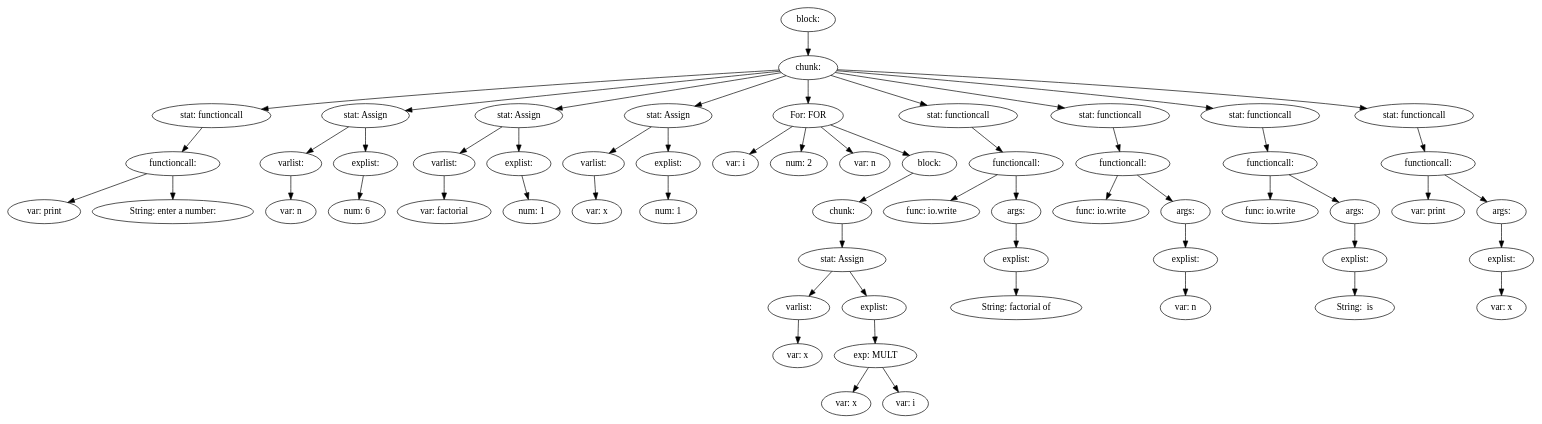
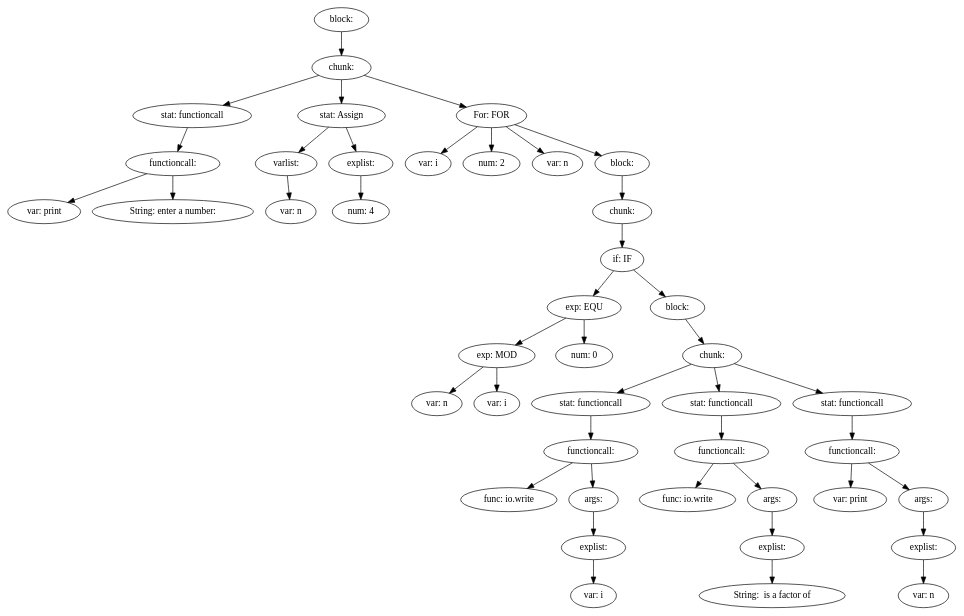
The diagram in ass1-int/source.md (Inkaru/compiler), drawn with Graphviz before and after one commit. The commit also changed 7 other files, not shown here.

````diff
--- a/ass1-int/source.md
+++ b/ass1-int/source.md
@@ -1,17 +1,11 @@
 ```graphviz
 digraph {
-60 [label="block: "];
-60 -> 4
+44 [label="block: "];
+44 -> 4
 4 [label="chunk: "];
 4 -> 3
 4 -> 9
-4 -> 14
-4 -> 19
-4 -> 32
-4 -> 39
-4 -> 46
-4 -> 53
-4 -> 59
+4 -> 43
 3 [label="stat: functioncall"];
 3 -> 2
 2 [label="functioncall: "];
@@ -27,93 +21,69 @@
 5 [label="var: n"];
 8 [label="explist: "];
 8 -> 7
-7 [label="num: 6"];
-14 [label="stat: Assign"];
-14 -> 11
+7 [label="num: 4"];
+43 [label="For: FOR"];
+43 -> 42
+43 -> 10
+43 -> 11
+43 -> 41
+42 [label="var: i"];
+10 [label="num: 2"];
+11 [label="var: n"];
+41 [label="block: "];
+41 -> 40
+40 [label="chunk: "];
+40 -> 39
+39 [label="if: IF"];
+39 -> 16
+39 -> 38
+16 [label="exp: EQU"];
+16 -> 14
+16 -> 15
+14 [label="exp: MOD"];
+14 -> 12
 14 -> 13
-11 [label="varlist: "];
-11 -> 10
-10 [label="var: factorial"];
-13 [label="explist: "];
-13 -> 12
-12 [label="num: 1"];
-19 [label="stat: Assign"];
-19 -> 16
-19 -> 18
-16 [label="varlist: "];
-16 -> 15
-15 [label="var: x"];
-18 [label="explist: "];
-18 -> 17
-17 [label="num: 1"];
-32 [label="For: FOR"];
-32 -> 31
-32 -> 20
-32 -> 21
-32 -> 30
-31 [label="var: i"];
-20 [label="num: 2"];
-21 [label="var: n"];
-30 [label="block: "];
+12 [label="var: n"];
+13 [label="var: i"];
+15 [label="num: 0"];
+38 [label="block: "];
+38 -> 24
+24 [label="chunk: "];
+24 -> 23
+24 -> 31
+24 -> 37
+23 [label="stat: functioncall"];
+23 -> 22
+22 [label="functioncall: "];
+22 -> 18
+22 -> 21
+18 [label="func: io.write"];
+21 [label="args: "];
+21 -> 20
+20 [label="explist: "];
+20 -> 19
+19 [label="var: i"];
+31 [label="stat: functioncall"];
+31 -> 30
+30 [label="functioncall: "];
+30 -> 26
 30 -> 29
-29 [label="chunk: "];
+26 [label="func: io.write"];
+29 [label="args: "];
 29 -> 28
-28 [label="stat: Assign"];
-28 -> 23
+28 [label="explist: "];
 28 -> 27
-23 [label="varlist: "];
-23 -> 22
-22 [label="var: x"];
-27 [label="explist: "];
-27 -> 26
-26 [label="exp: MULT"];
-26 -> 24
-26 -> 25
-24 [label="var: x"];
-25 [label="var: i"];
-39 [label="stat: functioncall"];
-39 -> 38
-38 [label="functioncall: "];
-38 -> 34
-38 -> 37
-34 [label="func: io.write"];
-37 [label="args: "];
+27 [label="String:  is a factor of "];
+37 [label="stat: functioncall"];
 37 -> 36
-36 [label="explist: "];
+36 [label="functioncall: "];
+36 -> 32
 36 -> 35
-35 [label="String: factorial of "];
-46 [label="stat: functioncall"];
-46 -> 45
-45 [label="functioncall: "];
-45 -> 41
-45 -> 44
-41 [label="func: io.write"];
-44 [label="args: "];
-44 -> 43
-43 [label="explist: "];
-43 -> 42
-42 [label="var: n"];
-53 [label="stat: functioncall"];
-53 -> 52
-52 [label="functioncall: "];
-52 -> 48
-52 -> 51
-48 [label="func: io.write"];
-51 [label="args: "];
-51 -> 50
-50 [label="explist: "];
-50 -> 49
-49 [label="String:  is "];
-59 [label="stat: functioncall"];
-59 -> 58
-58 [label="functioncall: "];
-58 -> 54
-58 -> 57
-54 [label="var: print"];
-57 [label="args: "];
-57 -> 56
-56 [label="explist: "];
-56 -> 55
-55 [label="var: x"];
+32 [label="var: print"];
+35 [label="args: "];
+35 -> 34
+34 [label="explist: "];
+34 -> 33
+33 [label="var: n"];
 }
 ```
````
